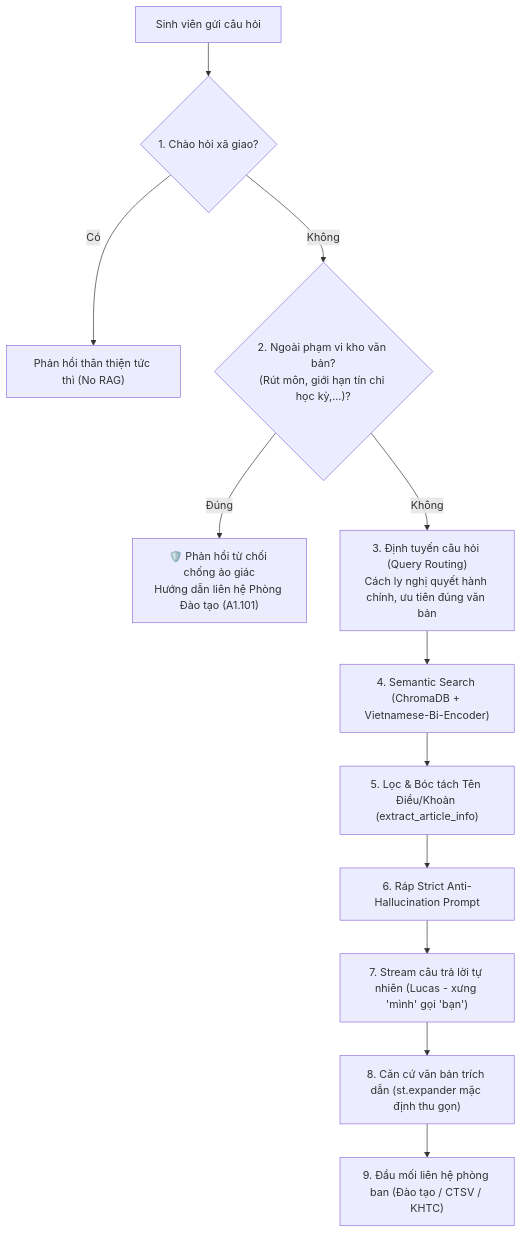
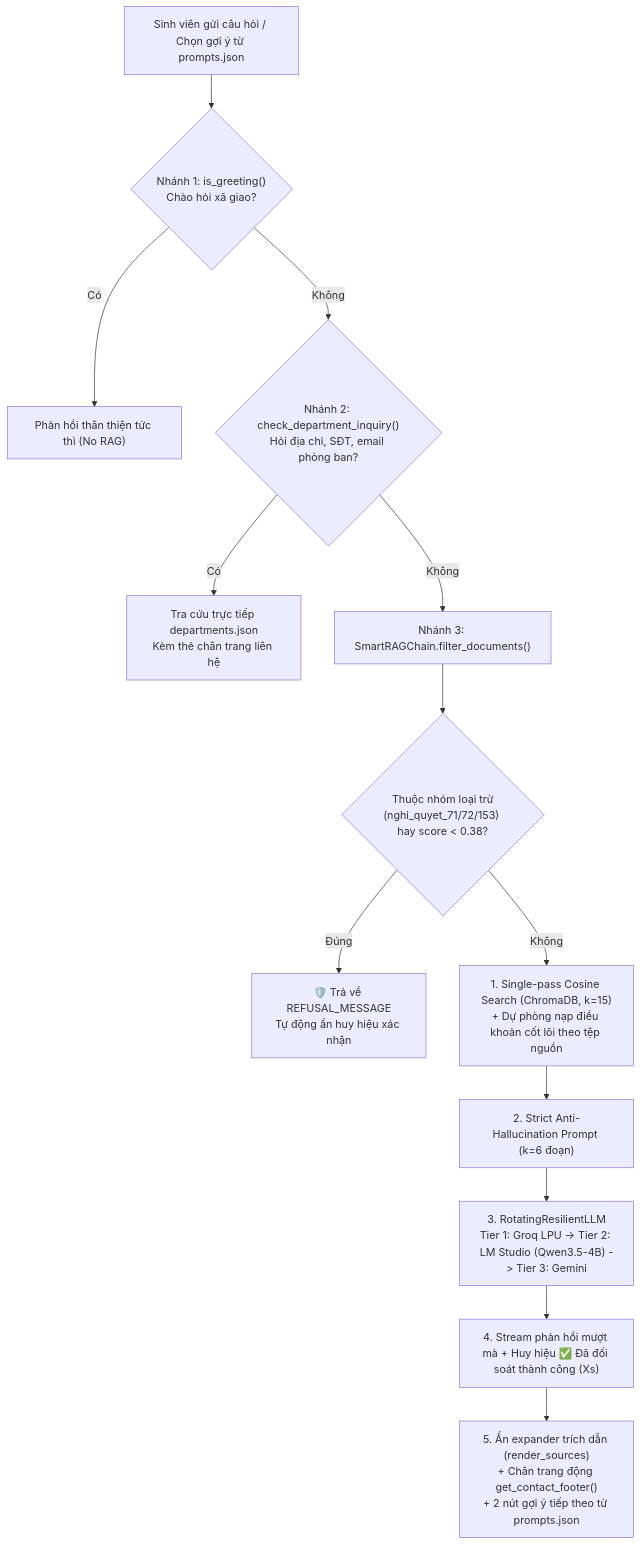
One commit to anhdangbuon/VLUTEBOT changed the diagram in README.md. Above: the diagram before and after it, drawn with Mermaid. The commit also changed other lines of this file and 20 other files, not shown here.

Commit message:
Hoan thien RAG chatbot VLUTEBOT, bo danh gia 35 cau va query rewriting

````diff
--- a/README.md
+++ b/README.md
@@ -26,16 +29,17 @@
 ```mermaid
 flowchart TD
-    UserQuery["Sinh viên gửi câu hỏi"] --> GreetingCheck{"1. Chào hỏi xã giao?"}
-    GreetingCheck -- Có --> FastReply["Phản hồi thân thiện tức thì (No RAG)"]
-    GreetingCheck -- Không --> ScopeCheck{"2. Ngoài phạm vi kho văn bản?<br/>(Rút môn, giới hạn tín chỉ học kỳ,...)?"}
-    
-    ScopeCheck -- Đúng --> PoliteRefusal["🛡️ Phản hồi từ chối chống ảo giác<br/>Hướng dẫn liên hệ Phòng Đào tạo (A1.101)"]
-    ScopeCheck -- Không --> Routing["3. Định tuyến câu hỏi (Query Routing)<br/>Cách ly nghị quyết hành chính, ưu tiên đúng văn bản"]
-    
-    Routing --> ChromaSearch["4. Semantic Search (ChromaDB + Vietnamese-Bi-Encoder)"]
-    ChromaSearch --> DocFilter["5. Lọc & Bóc tách Tên Điều/Khoản (extract_article_info)"]
-    DocFilter --> PromptBuild["6. Ráp Strict Anti-Hallucination Prompt"]
-    PromptBuild --> OllamaStream["7. Stream câu trả lời tự nhiên (Lucas - xưng 'mình' gọi 'bạn')"]
-    OllamaStream --> ExpanderSources["8. Căn cứ văn bản trích dẫn (st.expander mặc định thu gọn)"]
-    ExpanderSources --> ContactFooter["9. Đầu mối liên hệ phòng ban (Đào tạo / CTSV / KHTC)"]
+    UserQuery["Sinh viên gửi câu hỏi / Chọn gợi ý từ prompts.json"] --> B1{"Nhánh 1: is_greeting()<br/>Chào hỏi xã giao?"}
+    B1 -- Có --> R1["Phản hồi thân thiện tức thì (No RAG)"]
+    B1 -- Không --> B2{"Nhánh 2: check_department_inquiry()<br/>Hỏi địa chỉ, SĐT, email phòng ban?"}
+    B2 -- Có --> R2["Tra cứu trực tiếp departments.json<br/>Kèm thẻ chân trang liên hệ"]
+    B2 -- Không --> B3["Nhánh 3: SmartRAGChain.filter_documents()"]
+
+    B3 --> ExclCheck{"Thuộc nhóm loại trừ<br/>(nghi_quyet_71/72/153) hay score < 0.38?"}
+    ExclCheck -- Đúng --> Refusal["🛡️ Trả về REFUSAL_MESSAGE<br/>Tự động ẩn huy hiệu xác nhận"]
+    ExclCheck -- Không --> SingleSearch["1. Single-pass Cosine Search (ChromaDB, k=15)<br/>+ Dự phòng nạp điều khoản cốt lõi theo tệp nguồn"]
+
+    SingleSearch --> PromptBuild["2. Strict Anti-Hallucination Prompt (k=6 đoạn)"]
+    PromptBuild --> LLMRouter["3. RotatingResilientLLM<br/>Tier 1: Groq LPU -> Tier 2: LM Studio (Qwen3.5-4B) -> Tier 3: Gemini"]
+    LLMRouter --> StreamUI["4. Stream phản hồi mượt mà + Huy hiệu ✅ Đã đối soát thành công (Xs)"]
+    StreamUI --> PostUI["5. Ẩn expander trích dẫn (render_sources)<br/>+ Chân trang động get_contact_footer()<br/>+ 2 nút gợi ý tiếp theo từ prompts.json"]
 ```
````
